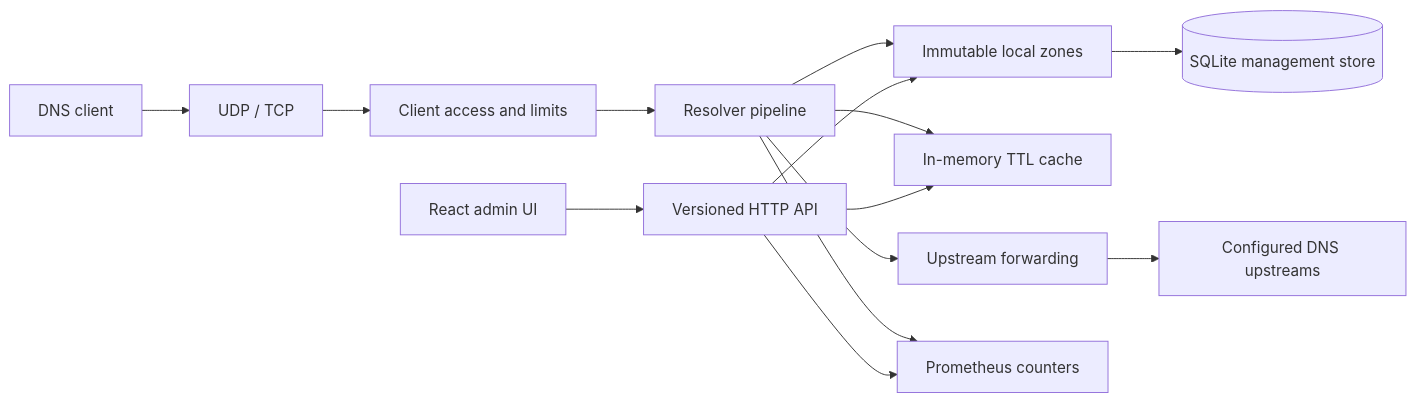
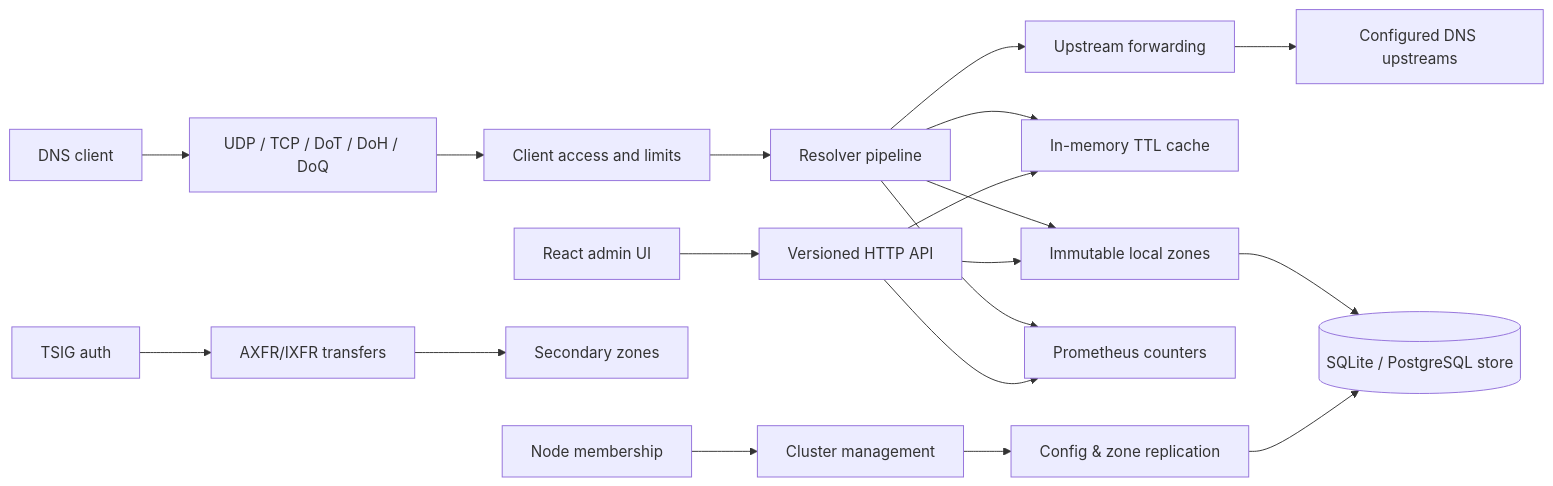
One commit to matta813/velora-dns changed the diagram in README.md. Above: the diagram before and after it, drawn with Mermaid. The commit also changed other lines of this file and 9 other files, not shown here.

````diff
--- a/README.md
+++ b/README.md
@@ -71,16 +80,21 @@
 ```mermaid
 flowchart LR
-    Client[DNS client] --> Transport[UDP / TCP]
+    Client[DNS client] --> Transport[UDP / TCP / DoT / DoH / DoQ]
     Transport --> ACL[Client access and limits]
     ACL --> Resolver[Resolver pipeline]
     Resolver --> Zones[Immutable local zones]
     Resolver --> Cache[In-memory TTL cache]
     Resolver --> Forwarder[Upstream forwarding]
     Forwarder --> Upstreams[Configured DNS upstreams]
     Resolver --> Metrics[Prometheus counters]
     UI[React admin UI] --> API[Versioned HTTP API]
     API --> Cache
     API --> Metrics
     API --> Zones
-    Zones --> DB[(SQLite management store)]
+    Zones --> DB[(SQLite / PostgreSQL store)]
+    TSIG[TSIG auth] --> Transfer[AXFR/IXFR transfers]
+    Transfer --> Secondary[Secondary zones]
+    Node[Node membership] --> Cluster[Cluster management]
+    Cluster --> Replication[Config & zone replication]
+    Replication --> DB
 ```
````
